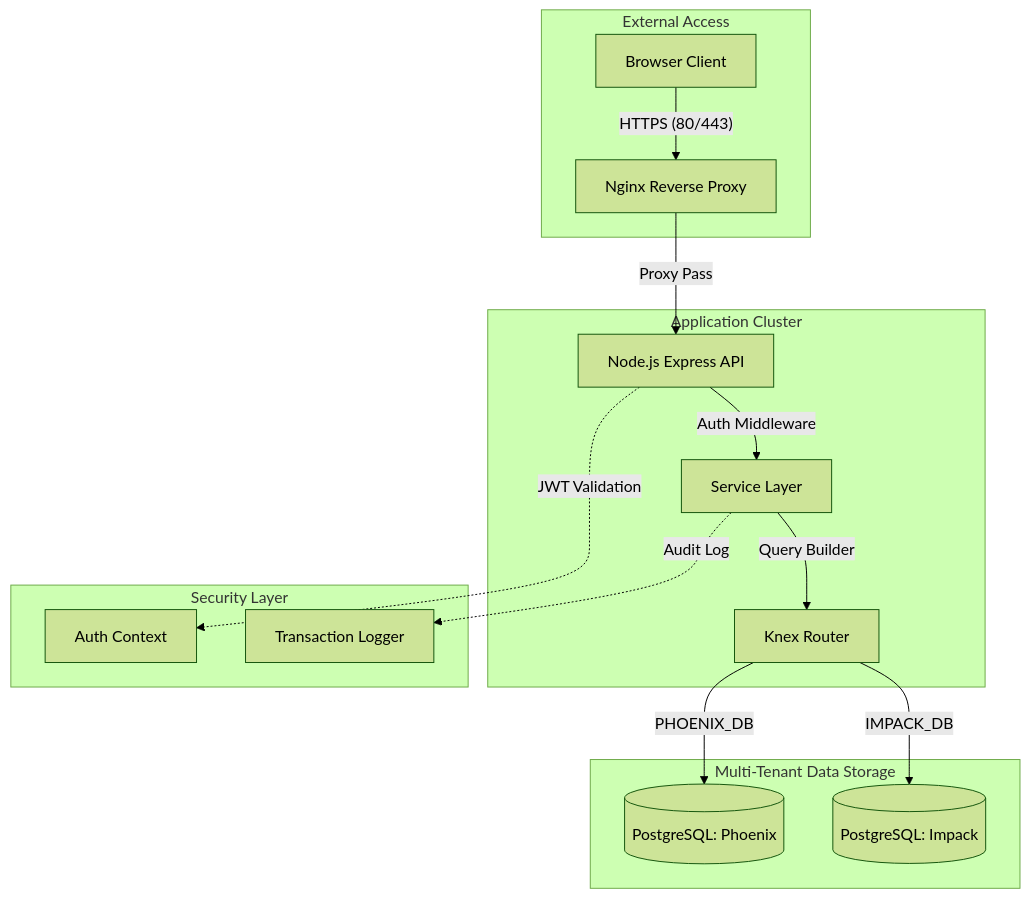
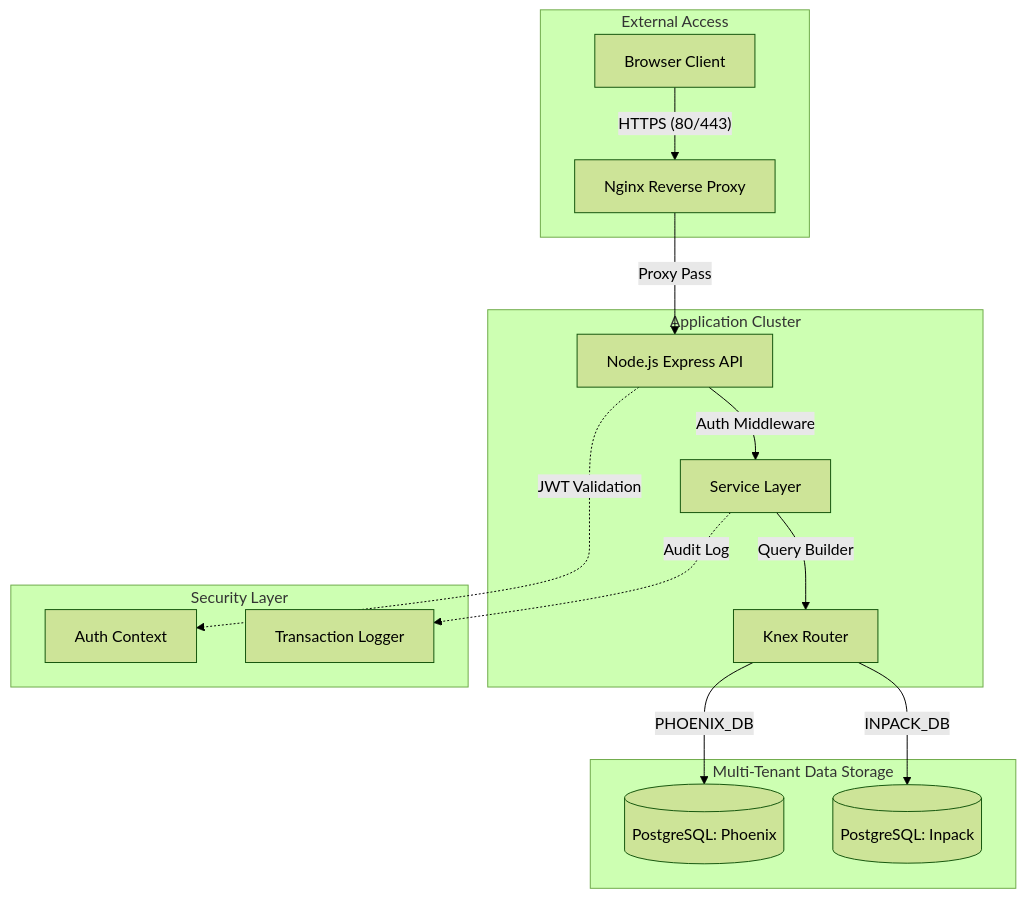
Before and after one commit to itphoenixpack/phoenix-inventory: the first of 3 diagrams in README.md, drawn with Mermaid (forest theme). The commit also changed other lines of this file, not shown here.

````diff
--- a/README.md
+++ b/README.md
@@ -11,22 +11,22 @@
 ```mermaid
 graph TD
     subgraph "External Access"
         User[Browser Client] -->|"HTTPS (80/443)"| Nginx[Nginx Reverse Proxy]
     end
 
     subgraph "Application Cluster"
         Nginx -->|"Proxy Pass"| Backend[Node.js Express API]
         Backend -->|"Auth Middleware"| Logic[Service Layer]
         Logic -->|"Query Builder"| Knex[Knex Router]
     end
 
     subgraph "Multi-Tenant Data Storage"
         Knex -->|"PHOENIX_DB"| DB1[(PostgreSQL: Phoenix)]
-        Knex -->|"IMPACK_DB"| DB2[(PostgreSQL: Impack)]
+        Knex -->|"INPACK_DB"| DB2[(PostgreSQL: Inpack)]
     end
 
     subgraph "Security Layer"
         Backend -.->|"JWT Validation"| Auth[Auth Context]
         Logic -.->|"Audit Log"| Trans[Transaction Logger]
     end
 ```
````
